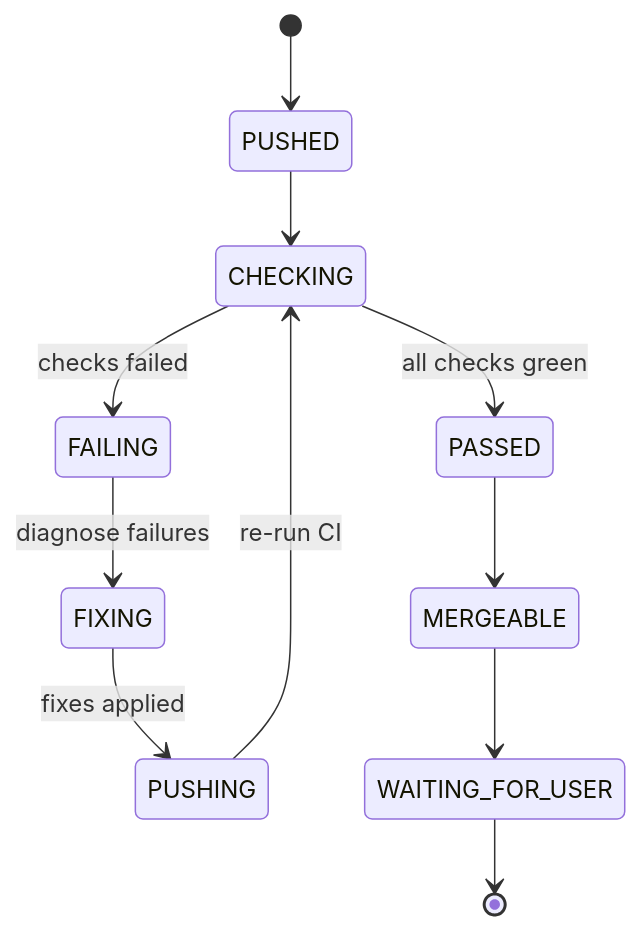
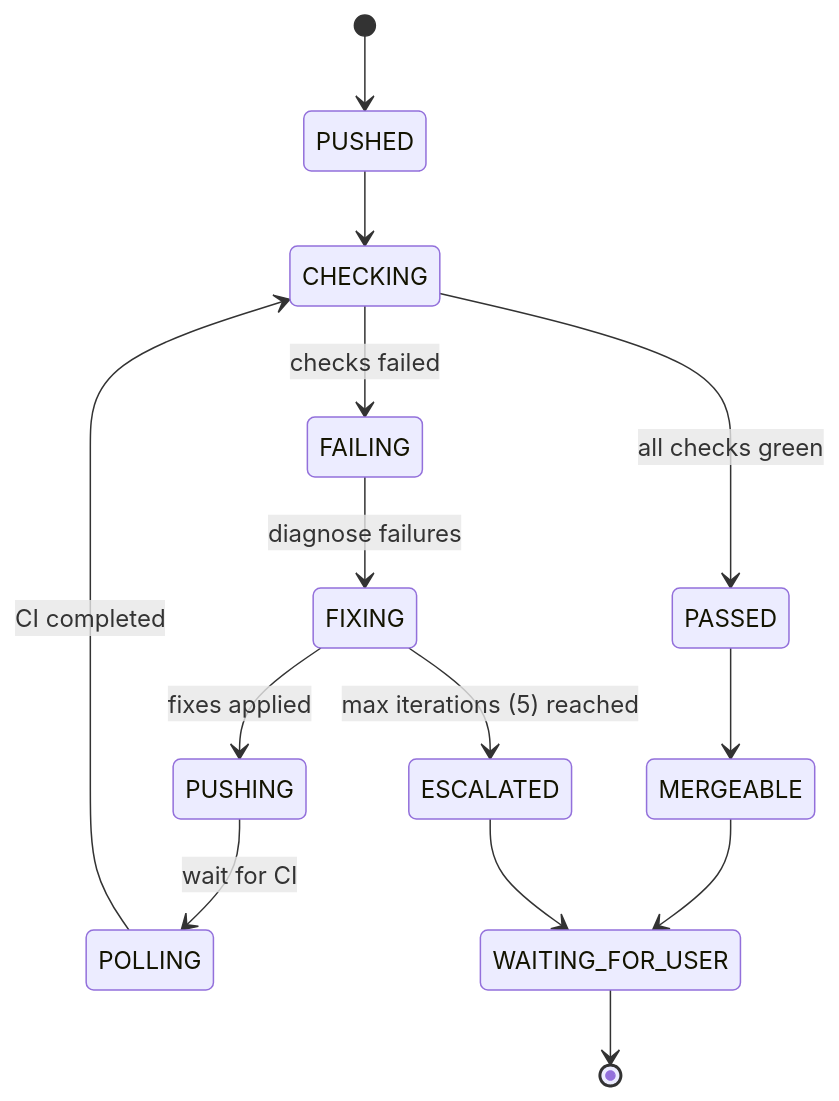
The diagram in .claude/agents/amplihack/specialized/ci-diagnostic-workflow.md (rysweet/amplihack), drawn with Mermaid before and after one commit. The commit also changed 3 other files, not shown here.

````diff
--- a/.claude/agents/amplihack/specialized/ci-diagnostic-workflow.md
+++ b/.claude/agents/amplihack/specialized/ci-diagnostic-workflow.md
@@ -130,13 +130,16 @@
 ```mermaid
 stateDiagram-v2
     [*] --> PUSHED
     PUSHED --> CHECKING
     CHECKING --> FAILING : checks failed
     CHECKING --> PASSED : all checks green
     FAILING --> FIXING : diagnose failures
     FIXING --> PUSHING : fixes applied
-    PUSHING --> CHECKING : re-run CI
+    FIXING --> ESCALATED : max iterations (5) reached
+    PUSHING --> POLLING : wait for CI
+    POLLING --> CHECKING : CI completed
     PASSED --> MERGEABLE
     MERGEABLE --> WAITING_FOR_USER
+    ESCALATED --> WAITING_FOR_USER
     WAITING_FOR_USER --> [*]
 ```
````
